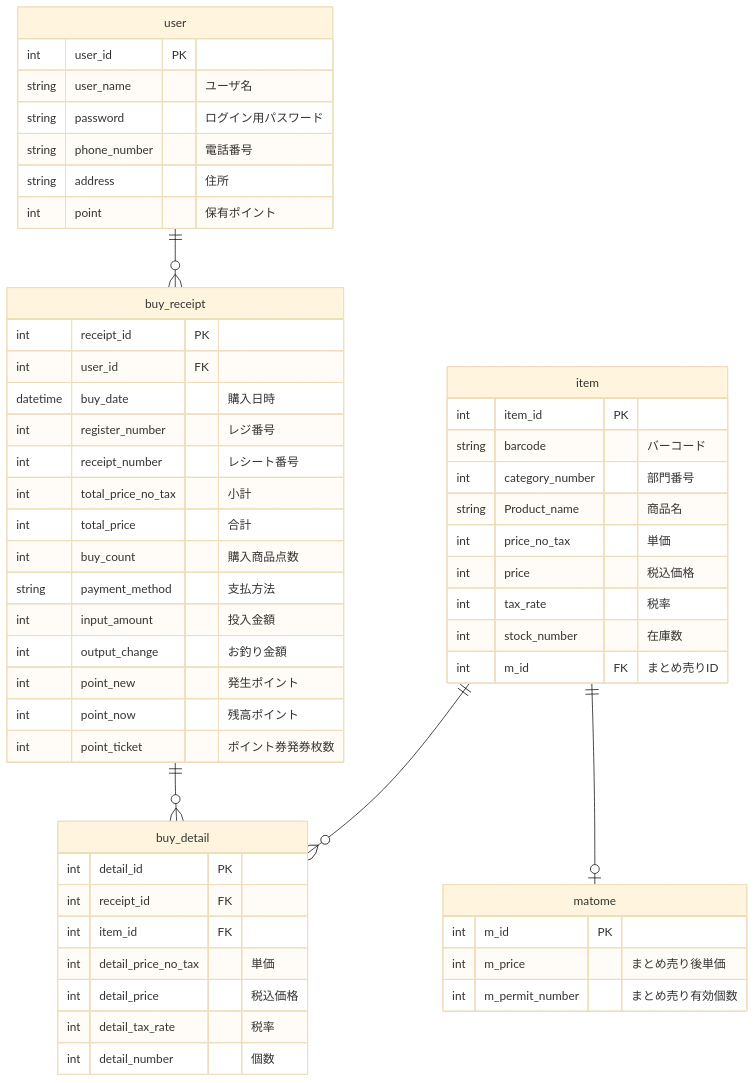
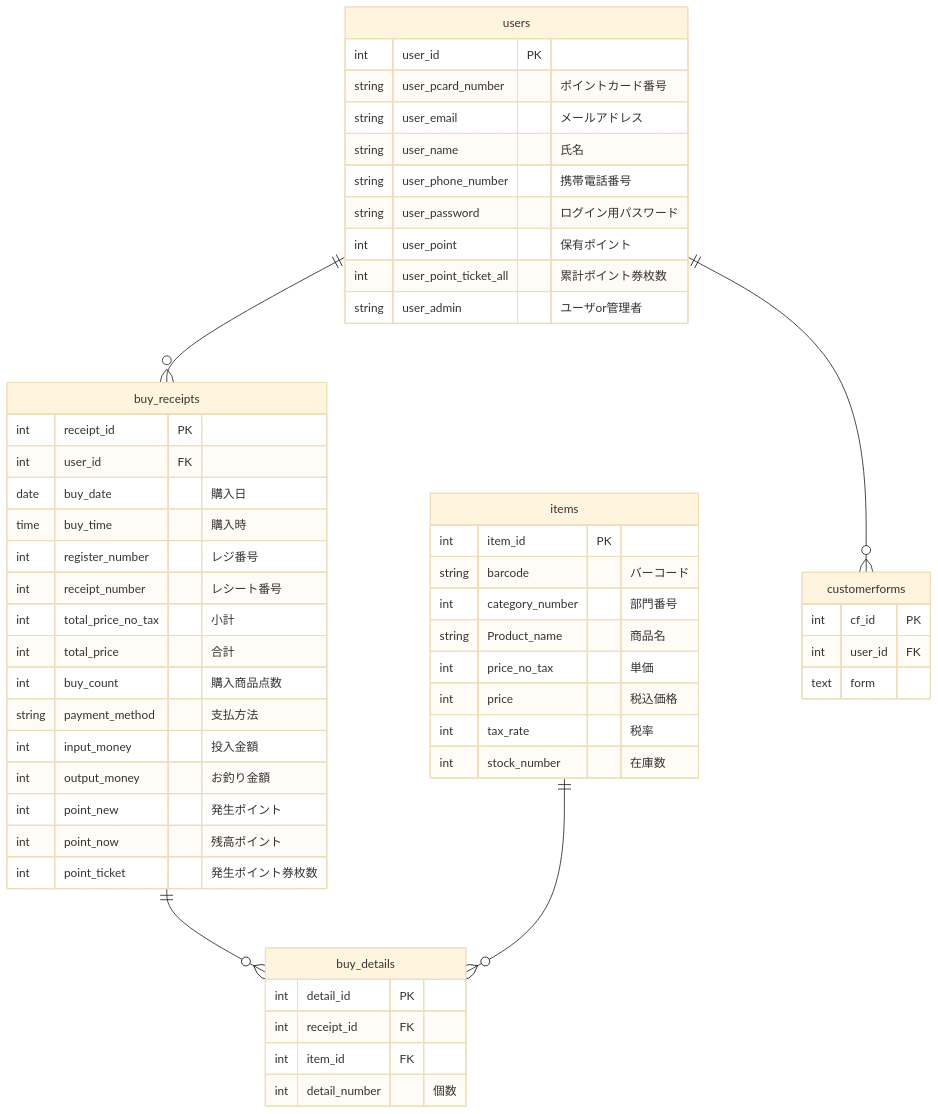
One commit to zawatan0111/2023PBL_WEB changed the diagram in README.md. Above: the diagram before and after it, drawn with Mermaid (base theme). The commit also changed 25 other files, not shown here.

````diff
--- a/README.md
+++ b/README.md
@@ -7,62 +7,62 @@
 ```mermaid
 erDiagram
-    user{
+    users{
         int user_id PK
-        string user_name "ユーザ名"
-        string password "ログイン用パスワード"
-        string phone_number "電話番号"
-        string address "住所"
-        int point "保有ポイント"
+        string user_pcard_number "ポイントカード番号"
+        string user_email "メールアドレス"
+        string user_name "氏名"
+        string user_phone_number "携帯電話番号"
+        string user_password "ログイン用パスワード"      
+        int user_point "保有ポイント"
+        int user_point_ticket_all "累計ポイント券枚数"
+        string user_admin "ユーザor管理者"
     }
 
-    buy_receipt{
+    buy_receipts{
         int receipt_id PK
         int user_id FK
-        datetime buy_date "購入日時"
+        date buy_date "購入日"
+        time buy_time "購入時"
         int register_number "レジ番号"
         int receipt_number "レシート番号"
         int total_price_no_tax "小計"
         int total_price "合計"
         int buy_count "購入商品点数"
         string payment_method "支払方法"
-        int input_amount "投入金額"
-        int output_change "お釣り金額"
+        int input_money "投入金額"
+        int output_money "お釣り金額"
         int point_new "発生ポイント"
         int point_now "残高ポイント"
-        int point_ticket "ポイント券発券枚数"
+        int point_ticket "発生ポイント券枚数"
     }
 
-    buy_detail{
+    buy_details{
         int detail_id PK
         int receipt_id FK
         int item_id FK
-        int detail_price_no_tax "単価"
-        int detail_price "税込価格"
-        int detail_tax_rate "税率"
         int detail_number "個数"
     }
 
-    item{
+    items{
         int item_id PK
         string barcode "バーコード"
         int category_number "部門番号"
         string Product_name "商品名"
         int price_no_tax "単価"
         int price "税込価格"
         int tax_rate "税率"
         int stock_number "在庫数"
-        int m_id FK "まとめ売りID"
     }
 
-    matome{
-        int m_id PK
-        int m_price "まとめ売り後単価"
-        int m_permit_number "まとめ売り有効個数"
+    customerforms{
+        int cf_id PK
+        int user_id FK
+        text form
     }
 
-user ||--o{ buy_receipt : ""
-buy_receipt ||--o{ buy_detail : ""
-item ||--o{ buy_detail : ""
-item ||--o| matome : ""
+users ||--o{ buy_receipts : ""
+users ||--o{ customerforms : ""
+buy_receipts ||--o{ buy_details : ""
+items ||--o{ buy_details : ""
 
 ```
````
